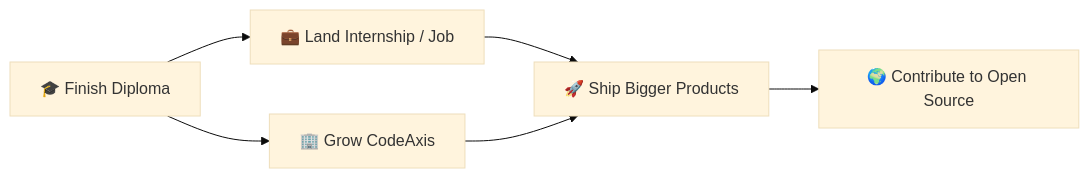
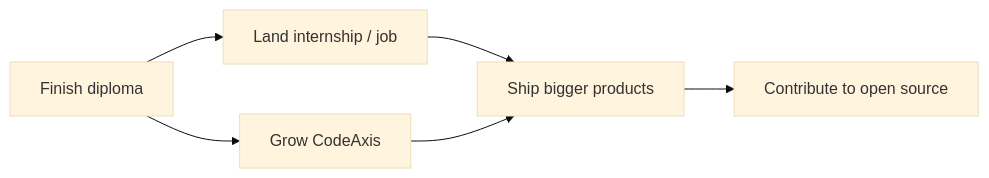
Before and after one commit to student-codingworld/student-codingworld: the diagram in README.md, drawn with Mermaid (base theme). The commit also changed other lines of this file, not shown here.

````diff
--- a/README.md
+++ b/README.md
@@ -167,8 +201,8 @@
 ```mermaid
 flowchart LR
-    A[🎓 Finish Diploma] --> B[💼 Land Internship / Job]
-    A --> C[🏢 Grow CodeAxis]
-    B --> D[🚀 Ship Bigger Products]
+    A[Finish diploma] --> B[Land internship / job]
+    A --> C[Grow CodeAxis]
+    B --> D[Ship bigger products]
     C --> D
-    D --> E[🌍 Contribute to Open Source]
+    D --> E[Contribute to open source]
 ```
````
